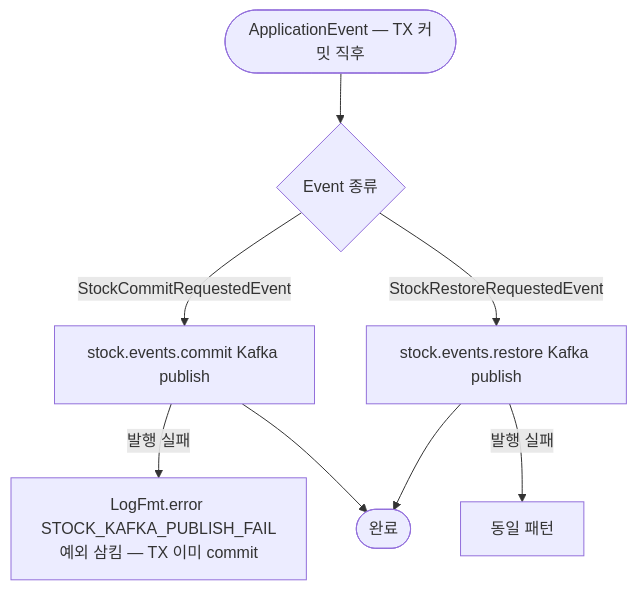
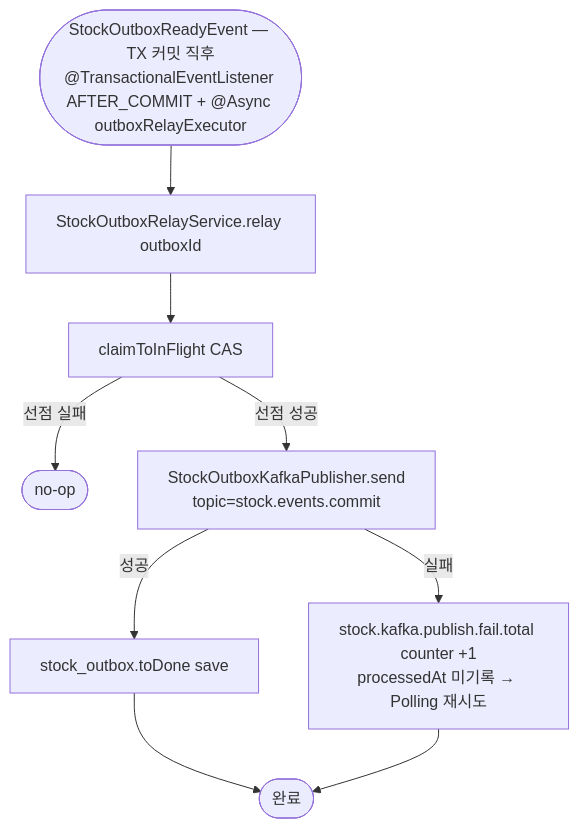
The seventh of 9 diagrams in docs/context/CONFIRM-FLOW-FLOWCHART.md (hyoguoo/payment-platform), drawn with Mermaid before and after one commit. The commit also changed other lines of this file and 11 other files, not shown here.

````diff
--- a/docs/context/CONFIRM-FLOW-FLOWCHART.md
+++ b/docs/context/CONFIRM-FLOW-FLOWCHART.md
@@ -140,12 +142,13 @@
 ```mermaid
 flowchart TD
-    AE([ApplicationEvent — TX 커밋 직후]) --> SEL{Event 종류}
+    AE([StockOutboxReadyEvent — TX 커밋 직후<br/>@TransactionalEventListener AFTER_COMMIT + @Async outboxRelayExecutor]) --> RELAY[StockOutboxRelayService.relay outboxId]
 
-    SEL -->|StockCommitRequestedEvent| SC[stock.events.commit Kafka publish]
-    SEL -->|StockRestoreRequestedEvent| SR[stock.events.restore Kafka publish]
+    RELAY --> CL[claimToInFlight CAS]
+    CL -->|선점 실패| SKIP([no-op])
+    CL -->|선점 성공| SEND[StockOutboxKafkaPublisher.send<br/>topic=stock.events.commit]
 
-    SC -->|발행 실패| LOG_C[LogFmt.error STOCK_KAFKA_PUBLISH_FAIL<br/>예외 삼킴 — TX 이미 commit]
-    SR -->|발행 실패| LOG_R[동일 패턴]
-    SC --> END([완료])
-    SR --> END
+    SEND -->|성공| DONE[stock_outbox.toDone save]
+    SEND -->|실패| LOG_FAIL[stock.kafka.publish.fail.total counter +1<br/>processedAt 미기록 → Polling 재시도]
+    DONE --> END([완료])
+    LOG_FAIL --> END
 ```
````
